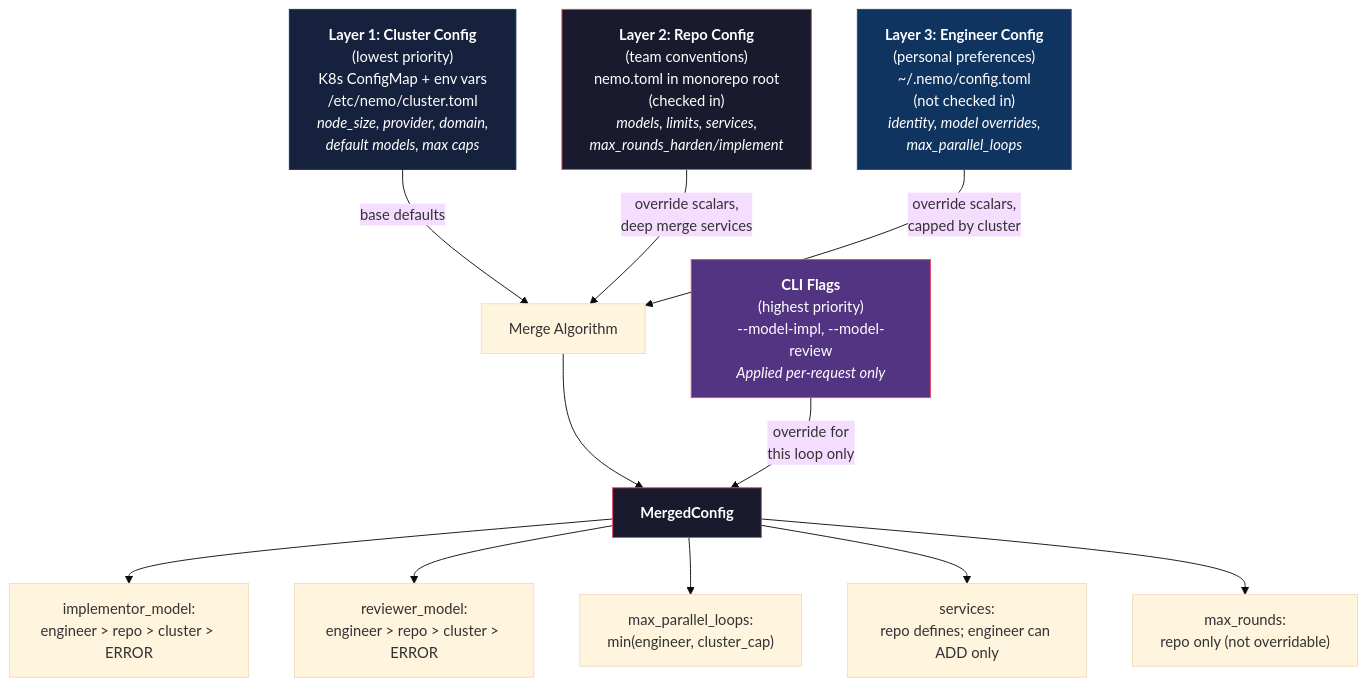
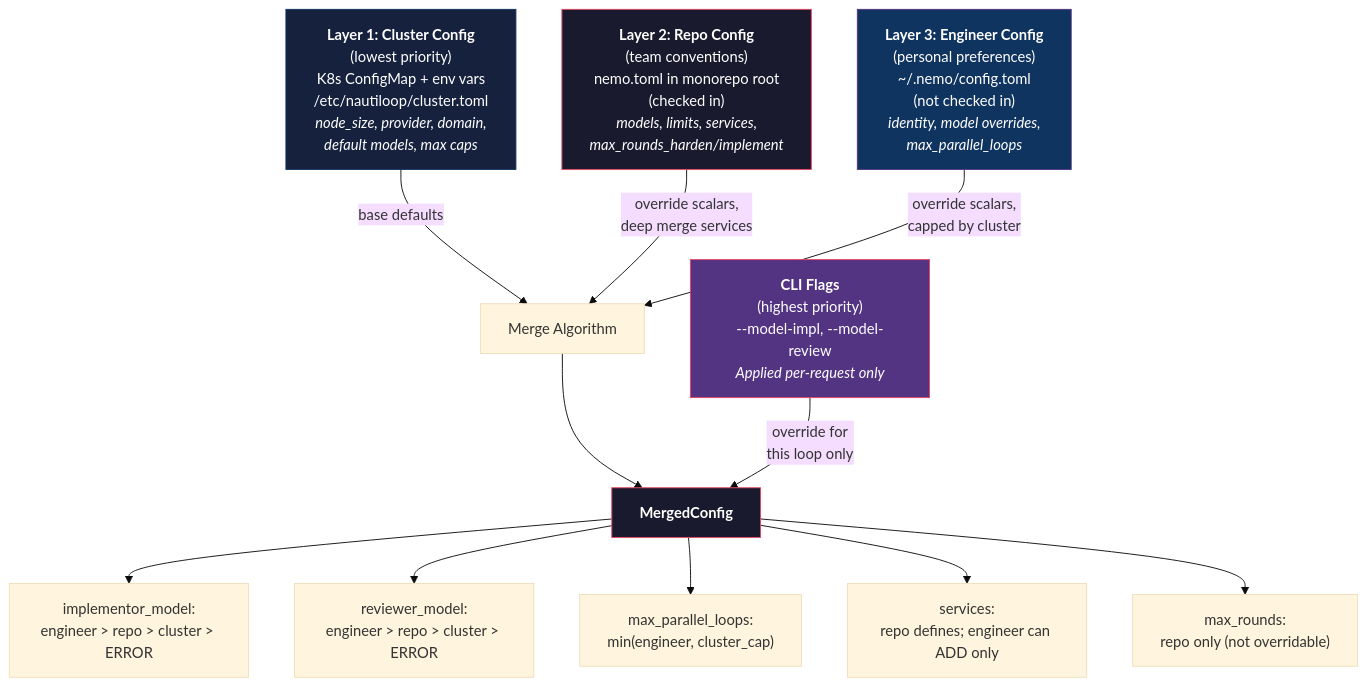
Before and after one commit to tinkrtailor/nemo: the sixth of 12 diagrams in docs/architecture-diagrams.md, drawn with Mermaid (base theme). The commit also changed other lines of this file and 57 other files, not shown here.

First line of the commit message:
refactor: rebrand nemo → nautiloop (#30)

````diff
--- a/docs/architecture-diagrams.md
+++ b/docs/architecture-diagrams.md
@@ -313,32 +313,32 @@
 ```mermaid
 graph TD
-    CL["<b>Layer 1: Cluster Config</b><br/>(lowest priority)<br/>K8s ConfigMap + env vars<br/>/etc/nemo/cluster.toml<br/><i>node_size, provider, domain,<br/>default models, max caps</i>"]
+    CL["<b>Layer 1: Cluster Config</b><br/>(lowest priority)<br/>K8s ConfigMap + env vars<br/>/etc/nautiloop/cluster.toml<br/><i>node_size, provider, domain,<br/>default models, max caps</i>"]
 
     REPO["<b>Layer 2: Repo Config</b><br/>(team conventions)<br/>nemo.toml in monorepo root<br/>(checked in)<br/><i>models, limits, services,<br/>max_rounds_harden/implement</i>"]
 
     ENG["<b>Layer 3: Engineer Config</b><br/>(personal preferences)<br/>~/.nemo/config.toml<br/>(not checked in)<br/><i>identity, model overrides,<br/>max_parallel_loops</i>"]
 
     CLI_FLAGS["<b>CLI Flags</b><br/>(highest priority)<br/>--model-impl, --model-review<br/><i>Applied per-request only</i>"]
 
     CL -->|"base defaults"| MERGE
     REPO -->|"override scalars,<br/>deep merge services"| MERGE
     ENG -->|"override scalars,<br/>capped by cluster"| MERGE
 
     MERGE["Merge Algorithm"]
 
     MERGE --> MC["<b>MergedConfig</b>"]
 
     CLI_FLAGS -->|"override for<br/>this loop only"| MC
 
     MC --> R1["implementor_model:<br/>engineer > repo > cluster > ERROR"]
     MC --> R2["reviewer_model:<br/>engineer > repo > cluster > ERROR"]
     MC --> R3["max_parallel_loops:<br/>min(engineer, cluster_cap)"]
     MC --> R4["services:<br/>repo defines; engineer can ADD only"]
     MC --> R5["max_rounds:<br/>repo only (not overridable)"]
 
     style CL fill:#16213e,stroke:#0f3460,color:#fff
     style REPO fill:#1a1a2e,stroke:#e94560,color:#fff
     style ENG fill:#0f3460,stroke:#533483,color:#fff
     style CLI_FLAGS fill:#533483,stroke:#e94560,color:#fff
     style MC fill:#1a1a2e,stroke:#e94560,color:#fff
 ```
````
